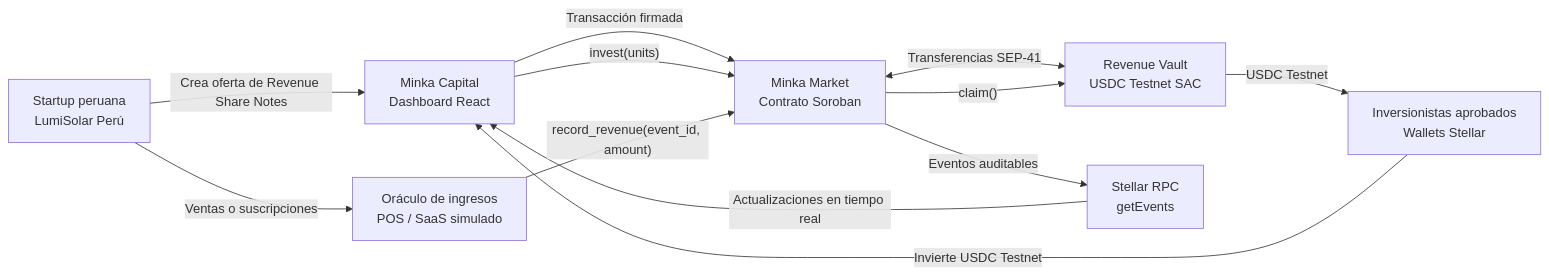
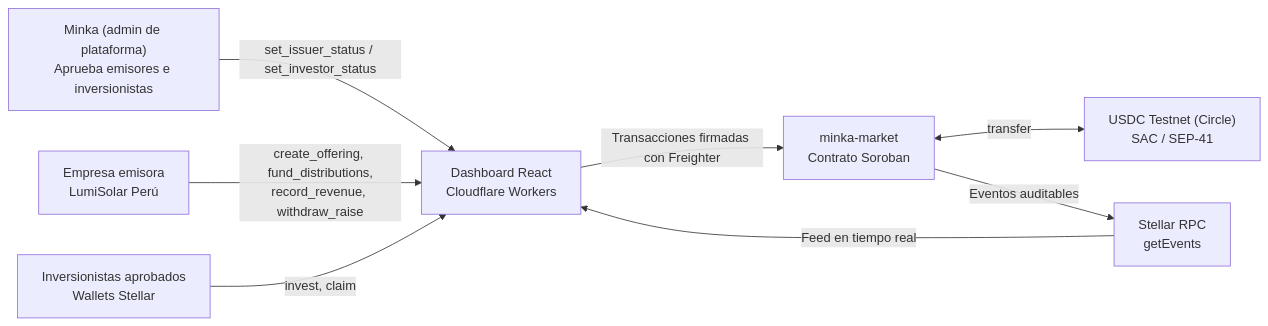
The first of 8 diagrams in docs/architecture/minka-capital-system-flow.md (giano-montano/minka-capital), drawn with Mermaid before and after one commit. The commit also changed other lines of this file and 4 other files, not shown here.

First line of the commit message:
docs: align architecture, spec and handoff with the multi-offering MVP

````diff
--- a/docs/architecture/minka-capital-system-flow.md
+++ b/docs/architecture/minka-capital-system-flow.md
@@ -10,22 +12,18 @@
 ```mermaid
 flowchart LR
-    Startup["Startup peruana\nLumiSolar Perú"]
+    Minka["Minka (admin de plataforma)\nAprueba emisores e inversionistas"]
+    Startup["Empresa emisora\nLumiSolar Perú"]
     Investors["Inversionistas aprobados\nWallets Stellar"]
-    Platform["Minka Capital\nDashboard React"]
-    Contract["Minka Market\nContrato Soroban"]
-    Vault["Revenue Vault\nUSDC Testnet SAC"]
-    Oracle["Oráculo de ingresos\nPOS / SaaS simulado"]
+    Platform["Dashboard React\nCloudflare Workers"]
+    Contract["minka-market\nContrato Soroban"]
+    USDC["USDC Testnet (Circle)\nSAC / SEP-41"]
     Rpc["Stellar RPC\ngetEvents"]
 
-    Startup -->|"Crea oferta de Revenue Share Notes"| Platform
-    Platform -->|"Transacción firmada"| Contract
-    Investors -->|"Invierte USDC Testnet"| Platform
-    Platform -->|"invest(units)"| Contract
-    Contract <-->|"Transferencias SEP-41"| Vault
-    Startup -->|"Ventas o suscripciones"| Oracle
-    Oracle -->|"record_revenue(event_id, amount)"| Contract
+    Minka -->|"set_issuer_status / set_investor_status"| Platform
+    Startup -->|"create_offering, fund_distributions,\nrecord_revenue, withdraw_raise"| Platform
+    Investors -->|"invest, claim"| Platform
+    Platform -->|"Transacciones firmadas con Freighter"| Contract
+    Contract <-->|"transfer"| USDC
     Contract -->|"Eventos auditables"| Rpc
-    Rpc -->|"Actualizaciones en tiempo real"| Platform
-    Contract -->|"claim()"| Vault
-    Vault -->|"USDC Testnet"| Investors
+    Rpc -->|"Feed en tiempo real"| Platform
 ```
````
